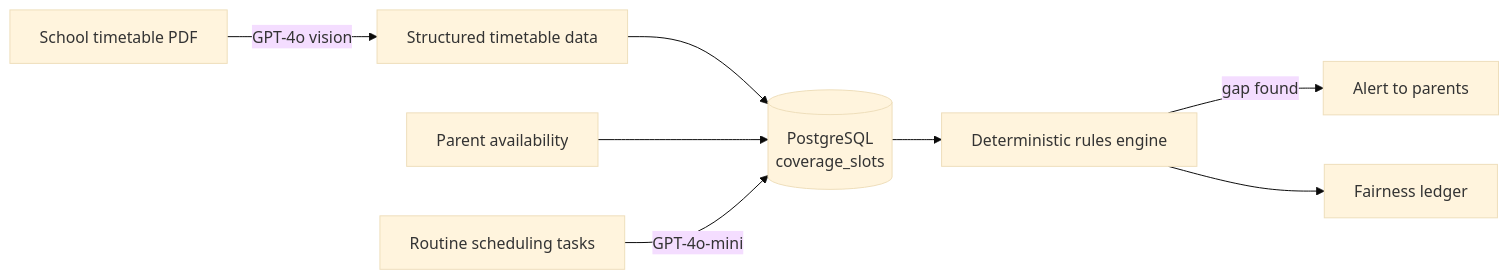
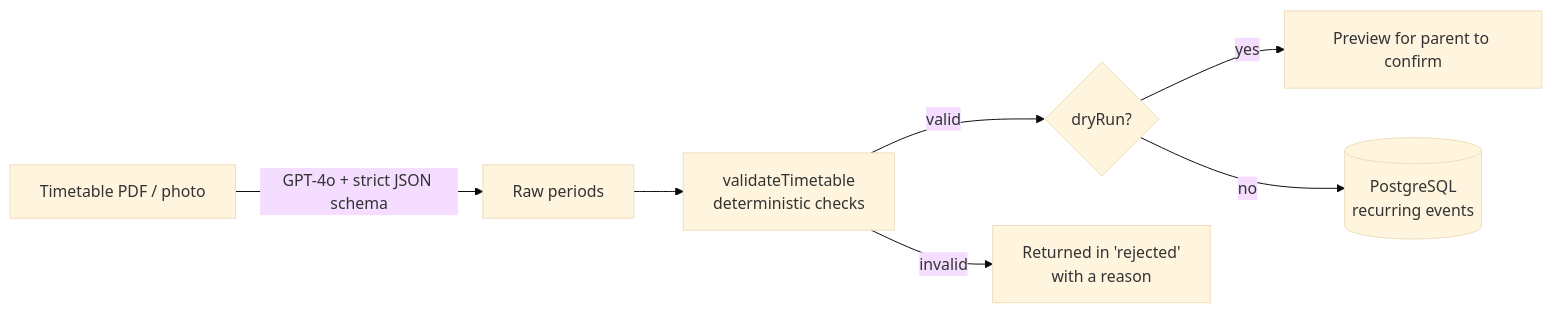
Before and after one commit to Shreyas-AiCode/Kidwise: the diagram in README.md, drawn with Mermaid (base theme). The commit also changed other lines of this file, not shown here.

First line of the commit message:
Update README to match the code: AI timetable import, real features, setup steps

````diff
--- a/README.md
+++ b/README.md
@@ -38,10 +41,9 @@
 ```mermaid
 flowchart LR
-    A[School timetable PDF] -->|GPT-4o vision| B[Structured timetable data]
-    B --> D[(PostgreSQL<br/>coverage_slots)]
-    F[Parent availability] --> D
-    D --> G[Deterministic rules engine]
-    G -->|gap found| H[Alert to parents]
-    G --> I[Fairness ledger]
-    J[Routine scheduling tasks] -->|GPT-4o-mini| D
+    A[Timetable PDF / photo] -->|GPT-4o + strict JSON schema| B[Raw periods]
+    B --> C[validateTimetable<br/>deterministic checks]
+    C -->|valid| D{dryRun?}
+    C -->|invalid| E[Returned in 'rejected'<br/>with a reason]
+    D -->|yes| F[Preview for parent to confirm]
+    D -->|no| G[(PostgreSQL<br/>recurring events)]
 ```
````
